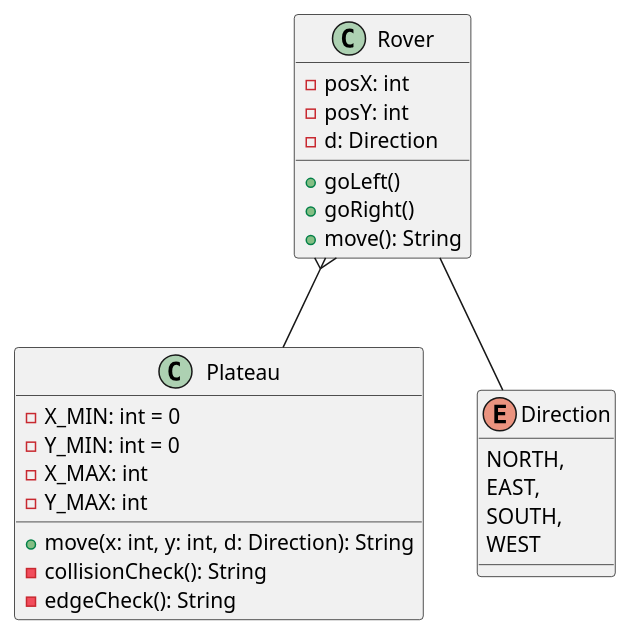
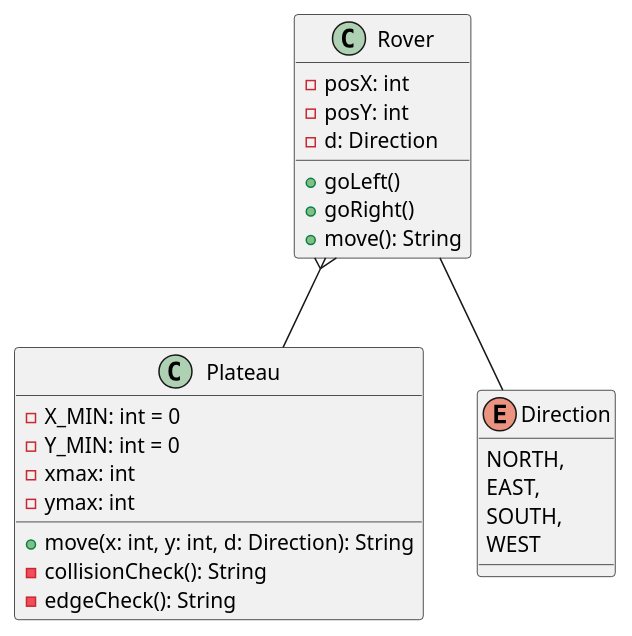
Before and after one commit to jayshree430/MarsRover: the diagram in MarsRover.puml, drawn with PlantUML. The commit also changed 2 other files, not shown here.

```diff
--- a/MarsRover.puml
+++ b/MarsRover.puml
@@ -1,37 +1,37 @@
 @startuml
 'https://plantuml.com/class-diagram
 
 Rover }-- Plateau
 Rover -- Direction
 
 
 class Plateau {
 - X_MIN: int = 0
 - Y_MIN: int = 0
-- X_MAX: int
-- Y_MAX: int
+- xmax: int
+- ymax: int
 
 + move(x: int, y: int, d: Direction): String
 - collisionCheck(): String
 - edgeCheck(): String
 }
 
 class Rover {
   - posX: int
     - posY: int
     - d: Direction
 
     + goLeft()
     + goRight()
     + move(): String
 }
 
 
 enum Direction {
 NORTH,
 EAST,
 SOUTH,
 WEST
 }
 
 @enduml
```
